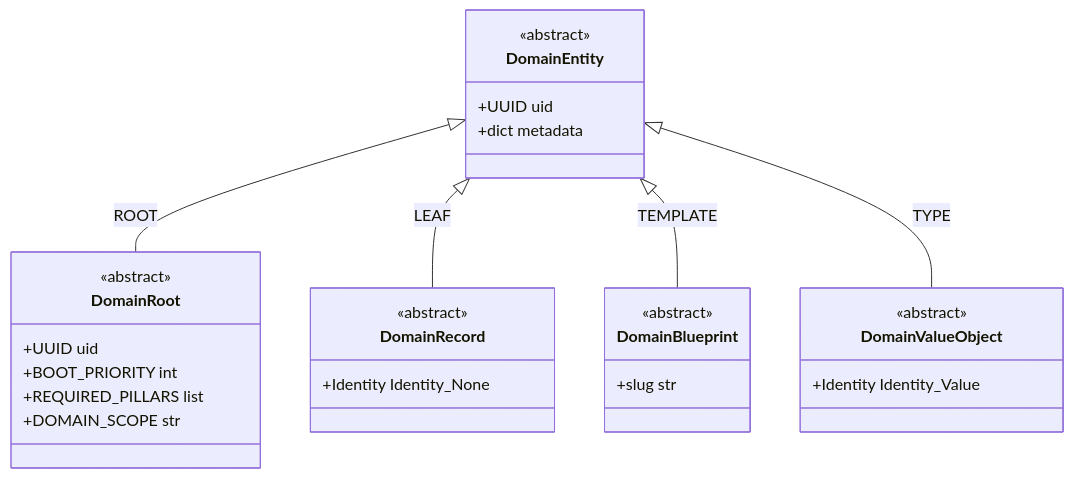
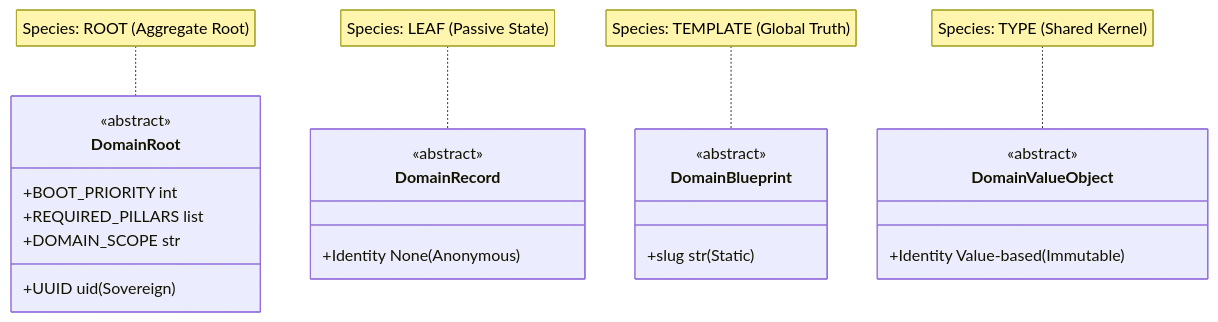
Before and after one commit to mnaatjes/oregon-trail-clone: the first of 4 diagrams in docs/design/contracts.md, drawn with Mermaid. The commit also changed other lines of this file, not shown here.

Commit message:
domainEntity

````diff
--- a/docs/design/contracts.md
+++ b/docs/design/contracts.md
@@ -8,32 +23,27 @@
 ```mermaid
 classDiagram
-    class DomainEntity {
-        <<abstract>>
-        +UUID uid
-        +dict metadata
-    }
     class DomainRoot {
         <<abstract>>
-        +UUID uid
+        +UUID uid (Sovereign)
         +BOOT_PRIORITY int
         +REQUIRED_PILLARS list
         +DOMAIN_SCOPE str
     }
     class DomainRecord {
         <<abstract>>
-        +Identity Identity_None
+        +Identity None (Anonymous)
     }
     class DomainBlueprint {
         <<abstract>>
-        +slug str
+        +slug str (Static)
     }
     class DomainValueObject {
         <<abstract>>
-        +Identity Identity_Value
+        +Identity Value-based (Immutable)
     }
 
-    DomainEntity <|-- DomainRoot : ROOT
-    DomainEntity <|-- DomainRecord : LEAF
-    DomainEntity <|-- DomainBlueprint : TEMPLATE
-    DomainEntity <|-- DomainValueObject : TYPE
+    note for DomainRoot "Species: ROOT (Aggregate Root)"
+    note for DomainRecord "Species: LEAF (Passive State)"
+    note for DomainBlueprint "Species: TEMPLATE (Global Truth)"
+    note for DomainValueObject "Species: TYPE (Shared Kernel)"
 ```
````
